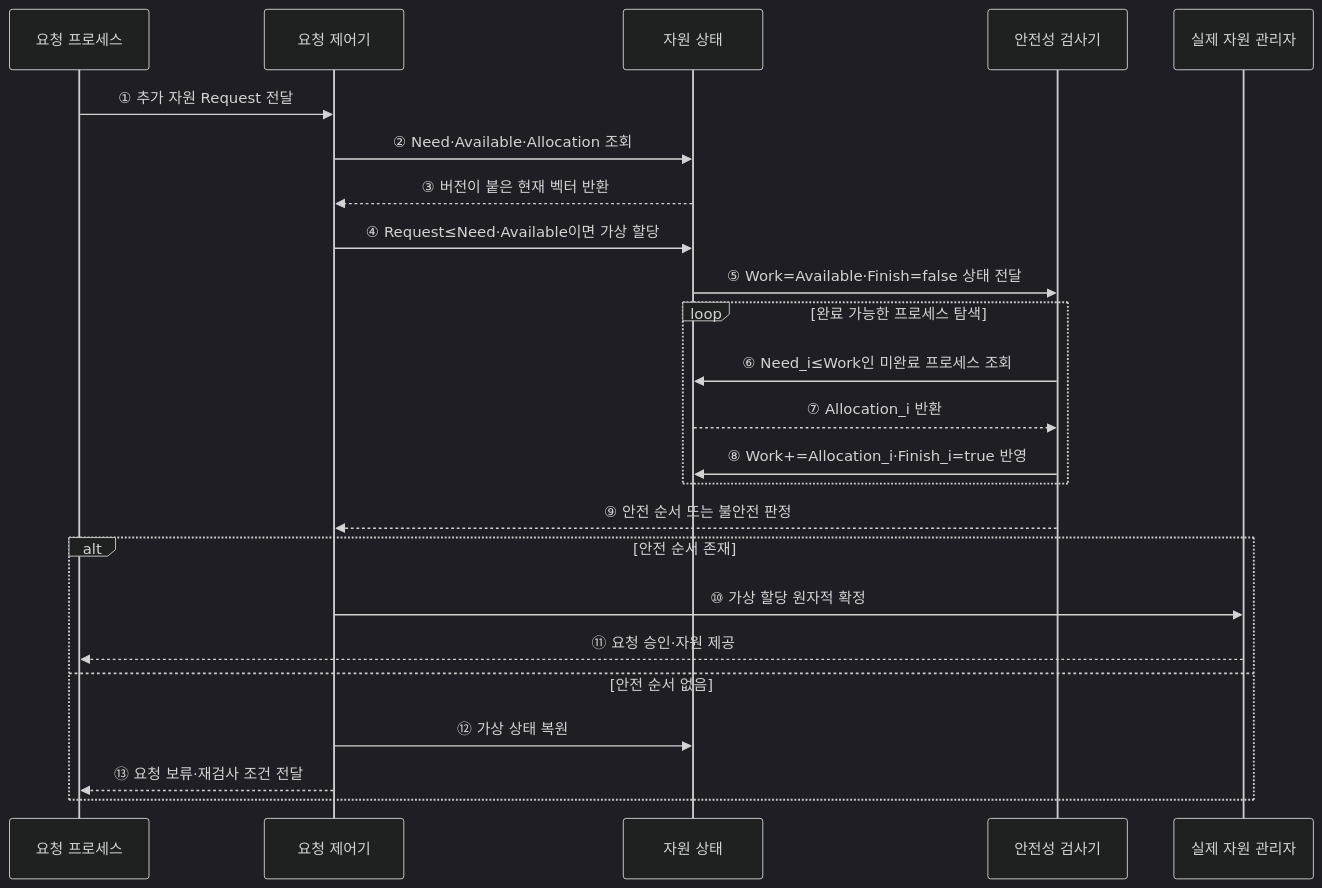
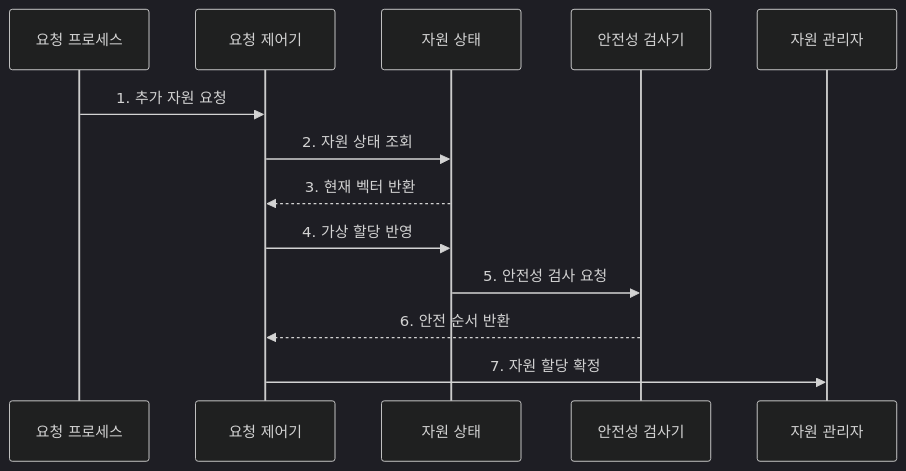
The second of 2 diagrams in src/content/docs/notes/03-software/010_bankers_algorithm.md (agnusdei1207/knowledge-base), drawn with Mermaid (dark theme) before and after one commit. The commit also changed other lines of this file and 20 other files, not shown here.

````diff
--- a/src/content/docs/notes/03-software/010_bankers_algorithm.md
+++ b/src/content/docs/notes/03-software/010_bankers_algorithm.md
@@ -81,27 +94,15 @@
 ```mermaid
 sequenceDiagram
     participant P as 요청 프로세스
     participant C as 요청 제어기
     participant S as 자원 상태
     participant A as 안전성 검사기
-    participant R as 실제 자원 관리자
-
-    P->>C: ① 추가 자원 Request 전달
-    C->>S: ② Need·Available·Allocation 조회
-    S-->>C: ③ 버전이 붙은 현재 벡터 반환
-    C->>S: ④ Request≤Need·Available이면 가상 할당
-    S->>A: ⑤ Work=Available·Finish=false 상태 전달
-    loop 완료 가능한 프로세스 탐색
-        A->>S: ⑥ Need_i≤Work인 미완료 프로세스 조회
-        S-->>A: ⑦ Allocation_i 반환
-        A->>S: ⑧ Work+=Allocation_i·Finish_i=true 반영
-    end
-    A-->>C: ⑨ 안전 순서 또는 불안전 판정
-    alt 안전 순서 존재
-        C->>R: ⑩ 가상 할당 원자적 확정
-        R-->>P: ⑪ 요청 승인·자원 제공
-    else 안전 순서 없음
-        C->>S: ⑫ 가상 상태 복원
-        C-->>P: ⑬ 요청 보류·재검사 조건 전달
-    end
+    participant R as 자원 관리자
+    P->>C: 1. 추가 자원 요청
+    C->>S: 2. 자원 상태 조회
+    S-->>C: 3. 현재 벡터 반환
+    C->>S: 4. 가상 할당 반영
+    S->>A: 5. 안전성 검사 요청
+    A-->>C: 6. 안전 순서 반환
+    C->>R: 7. 자원 할당 확정
 ```
````
